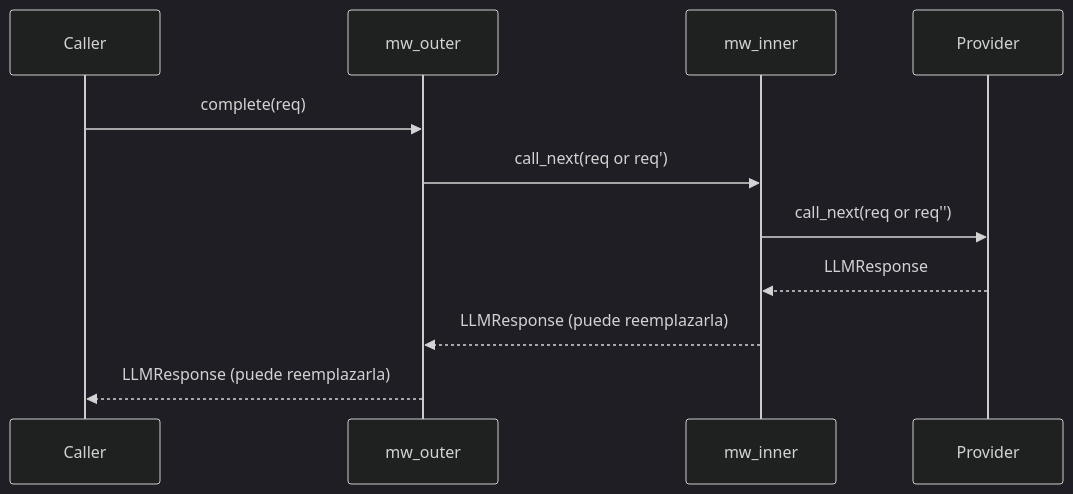
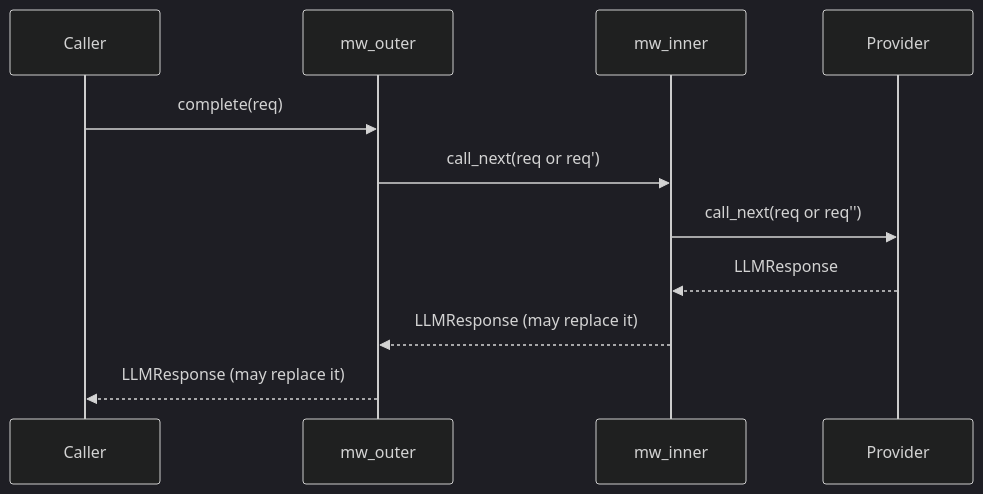
Before and after one commit to phronesis-framework/phronesis-framework: the second of 3 diagrams in docs/middleware/index.md, drawn with Mermaid (dark theme). The commit also changed other lines of this file and 17 other files, not shown here.

Commit message:
feat(docs): translate docs to english and replace ascii diagrams with mermaid

````diff
--- a/docs/middleware/index.md
+++ b/docs/middleware/index.md
@@ -131,14 +133,14 @@
 ```mermaid
 sequenceDiagram
     participant Caller
     participant Outer as mw_outer
     participant Inner as mw_inner
     participant Provider
 
     Caller->>Outer: complete(req)
     Outer->>Inner: call_next(req or req')
     Inner->>Provider: call_next(req or req'')
     Provider-->>Inner: LLMResponse
-    Inner-->>Outer: LLMResponse (puede reemplazarla)
-    Outer-->>Caller: LLMResponse (puede reemplazarla)
+    Inner-->>Outer: LLMResponse (may replace it)
+    Outer-->>Caller: LLMResponse (may replace it)
 ```
````
